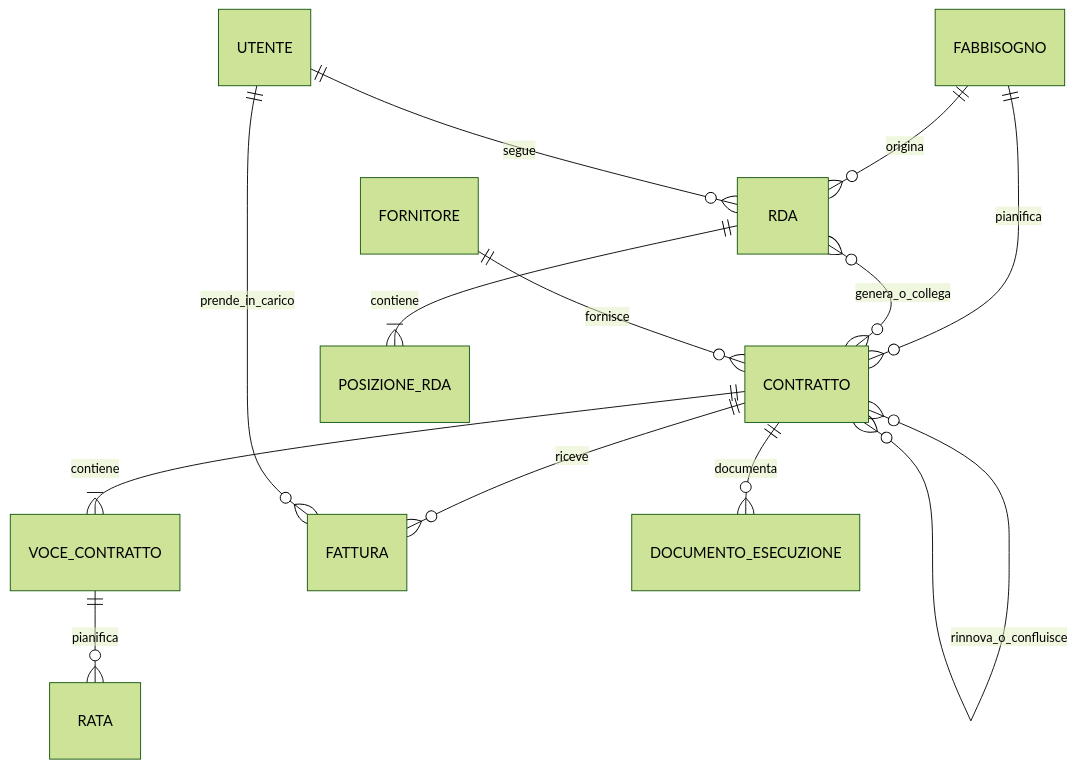
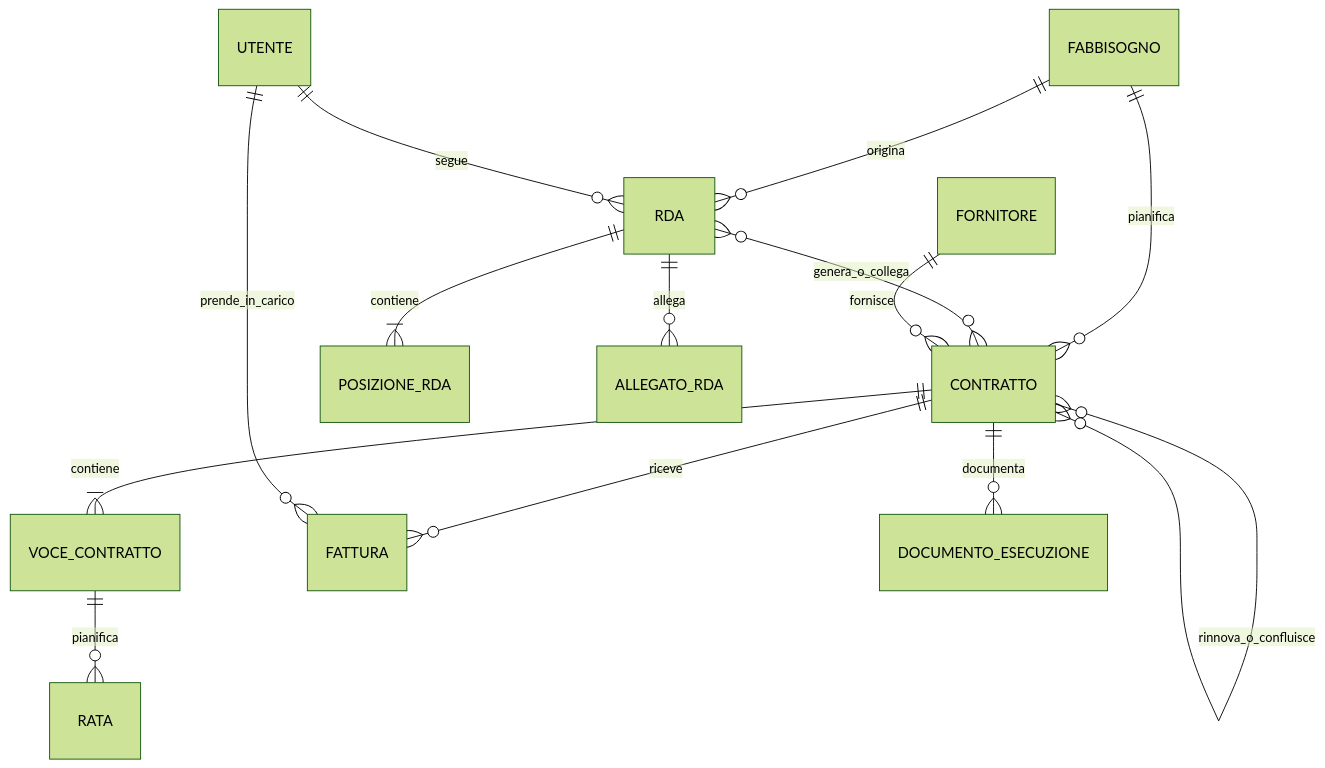
Before and after one commit to pietro95/gestione-contratti: the diagram in docs/DATA_MODEL.md, drawn with Mermaid (forest theme). The commit also changed other lines of this file and 24 other files, not shown here.

````diff
--- a/docs/DATA_MODEL.md
+++ b/docs/DATA_MODEL.md
@@ -9,15 +9,16 @@
 ```mermaid
 erDiagram
     FABBISOGNO ||--o{ CONTRATTO : pianifica
     CONTRATTO }o--o{ CONTRATTO : rinnova_o_confluisce
     CONTRATTO ||--|{ VOCE_CONTRATTO : contiene
     VOCE_CONTRATTO ||--o{ RATA : pianifica
     FABBISOGNO ||--o{ RDA : origina
     RDA ||--|{ POSIZIONE_RDA : contiene
+    RDA ||--o{ ALLEGATO_RDA : allega
     RDA }o--o{ CONTRATTO : genera_o_collega
     CONTRATTO ||--o{ FATTURA : riceve
     CONTRATTO ||--o{ DOCUMENTO_ESECUZIONE : documenta
     FORNITORE ||--o{ CONTRATTO : fornisce
     UTENTE ||--o{ RDA : segue
     UTENTE ||--o{ FATTURA : prende_in_carico
 ```
````
